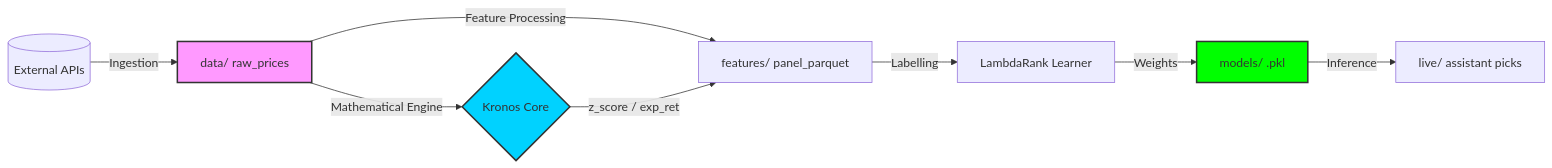
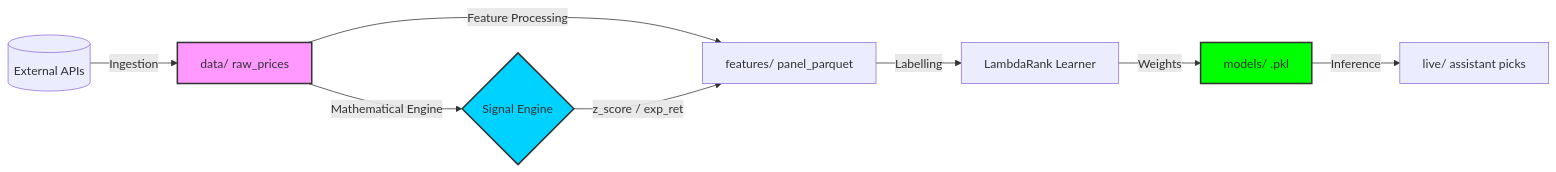
One commit to 20070316lbw-netizen/Liumon changed the second of 2 diagrams in README.md. Above: the diagram before and after it, drawn with Mermaid. The commit also changed other lines of this file and 3 other files, not shown here.

Commit message:
Refactor: Rename functional components from 'Kronos' to 'SignalEngine' per user feedback.

````diff
--- a/README.md
+++ b/README.md
@@ -50,14 +50,14 @@
 ```mermaid
 graph LR
     A[(External APIs)] -- Ingestion --> B[data/ raw_prices]
     B -- Feature Processing --> C[features/ panel_parquet]
-    B -- Mathematical Engine --> K{Kronos Core}
+    B -- Mathematical Engine --> K{Signal Engine}
     K -- "z_score / exp_ret" --> C
     C -- Labelling --> D[LambdaRank Learner]
     D -- Weights --> E[models/ .pkl]
     E -- Inference --> F[live/ assistant picks]
     
     style B fill:#f9f,stroke:#333,stroke-width:2px
     style K fill:#00d2ff,stroke:#333,stroke-width:2px
     style E fill:#00ff00,stroke:#333,stroke-width:2px
 ```
````
